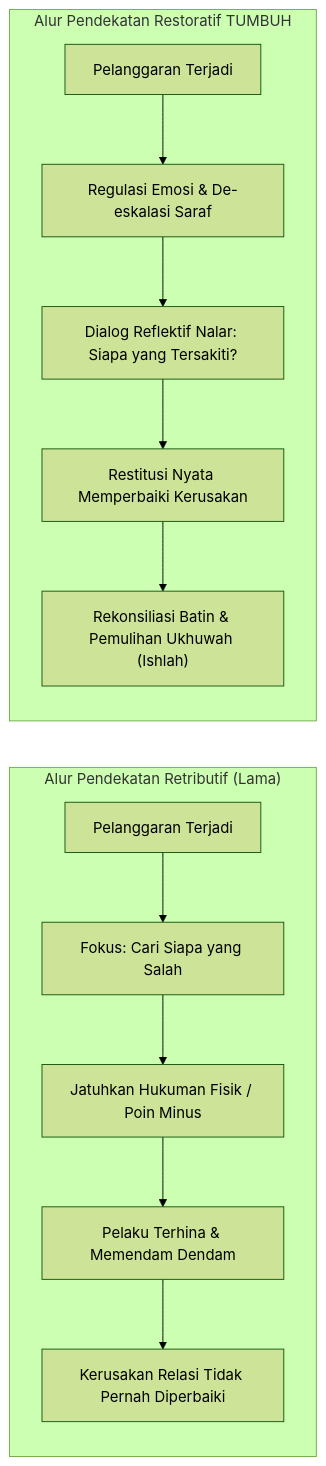
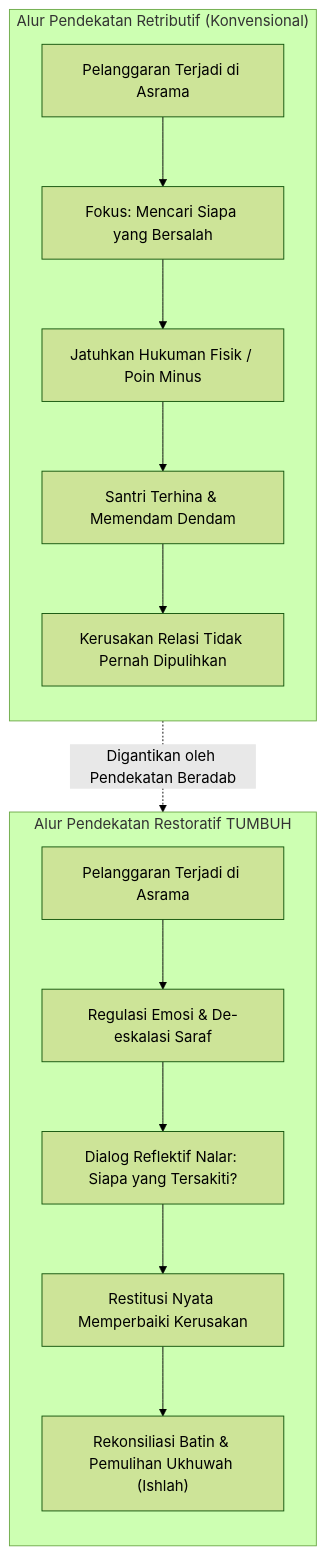
One commit to wandiapriliyandi/tumbuh changed the fifth of 5 diagrams in BOOK Series 1/01-The-Fundamental-of-TUMBUH/Bab-01-Menatap-Krisis-Menegakkan-Orientasi.md. Above: the diagram before and after it, drawn with Mermaid (forest theme). The commit also changed other lines of this file and 35 other files, not shown here.

Commit message:
fix(book-01): optimasi keterbacaan diagram mermaid pada seluruh bab dan perbarui 20 file PDF

````diff
--- a/BOOK Series 1/01-The-Fundamental-of-TUMBUH/Bab-01-Menatap-Krisis-Menegakkan-Orientasi.md
+++ b/BOOK Series 1/01-The-Fundamental-of-TUMBUH/Bab-01-Menatap-Krisis-Menegakkan-Orientasi.md
@@ -255,16 +259,20 @@
 ```mermaid
-graph LR
-    subgraph ALUR_RETRIBUTIF["Alur Pendekatan Retributif (Lama)"]
-        R1["Pelanggaran Terjadi"] --> R2["Fokus: Cari Siapa yang Salah"]
+graph TD
+    subgraph ALUR_RETRIBUTIF["Alur Pendekatan Retributif (Konvensional)"]
+        direction TB
+        R1["Pelanggaran Terjadi di Asrama"] --> R2["Fokus: Mencari Siapa yang Bersalah"]
         R2 --> R3["Jatuhkan Hukuman Fisik / Poin Minus"]
-        R3 --> R4["Pelaku Terhina & Memendam Dendam"]
-        R4 --> R5["Kerusakan Relasi Tidak Pernah Diperbaiki"]
+        R3 --> R4["Santri Terhina & Memendam Dendam"]
+        R4 --> R5["Kerusakan Relasi Tidak Pernah Dipulihkan"]
     end
 
     subgraph ALUR_TUMBUH["Alur Pendekatan Restoratif TUMBUH"]
-        T1["Pelanggaran Terjadi"] --> T2["Regulasi Emosi & De-eskalasi Saraf"]
+        direction TB
+        T1["Pelanggaran Terjadi di Asrama"] --> T2["Regulasi Emosi & De-eskalasi Saraf"]
         T2 --> T3["Dialog Reflektif Nalar: Siapa yang Tersakiti?"]
         T3 --> T4["Restitusi Nyata Memperbaiki Kerusakan"]
         T4 --> T5["Rekonsiliasi Batin & Pemulihan Ukhuwah (Ishlah)"]
     end
+
+    ALUR_RETRIBUTIF -.->|Digantikan oleh Pendekatan Beradab| ALUR_TUMBUH
 ```
````
